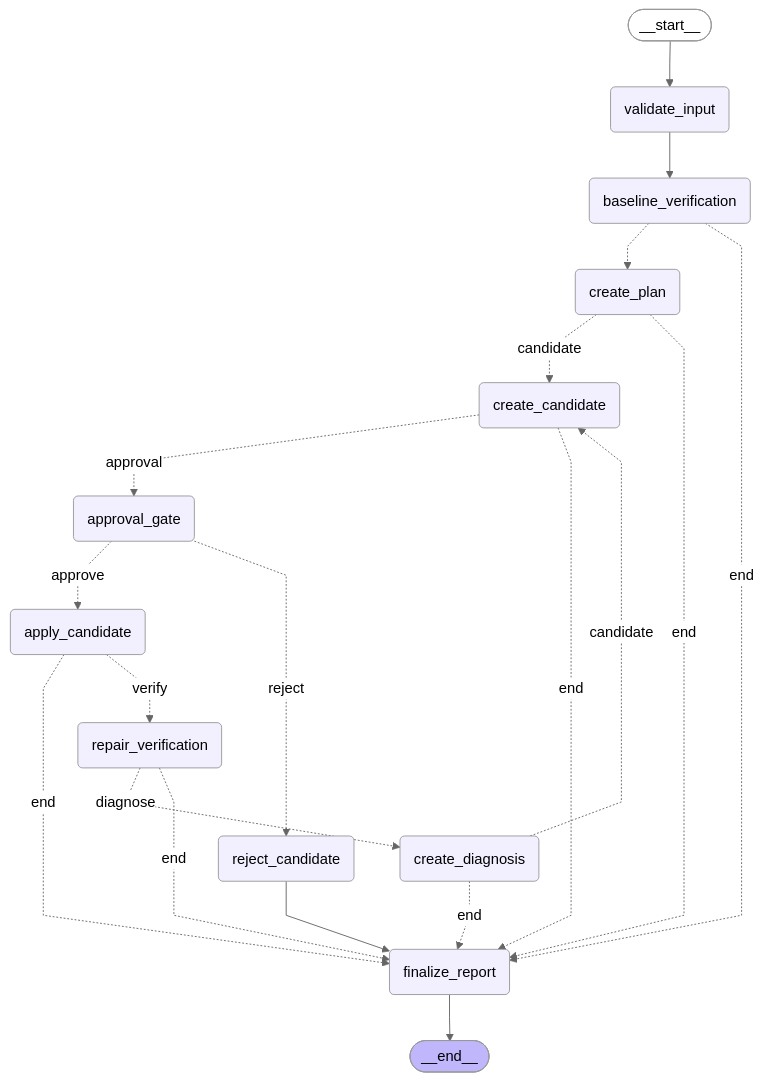
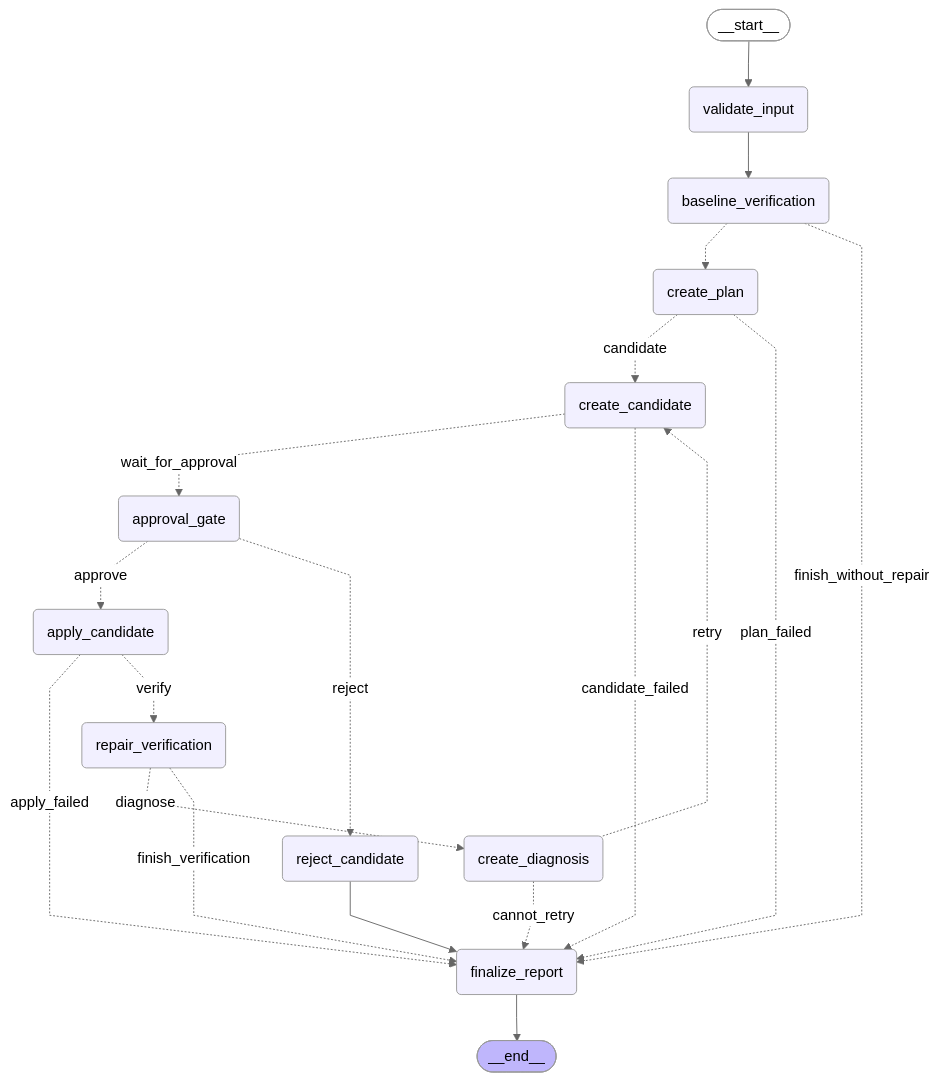
The second of 2 diagrams in README.md (jerryxcy/patch-code-agent), drawn with Mermaid (neutral theme) before and after one commit. The commit also changed other lines of this file and 30 other files, not shown here.

````diff
--- a/README.md
+++ b/README.md
@@ -62,41 +61,41 @@
 ```mermaid
 ---
 config:
   flowchart:
     curve: linear
 ---
 graph TD;
     __start__([<p>__start__</p>]):::first
     validate_input(validate_input)
     baseline_verification(baseline_verification)
     create_plan(create_plan)
     create_candidate(create_candidate)
     approval_gate(approval_gate)
     reject_candidate(reject_candidate)
     apply_candidate(apply_candidate)
     repair_verification(repair_verification)
     create_diagnosis(create_diagnosis)
     finalize_report(finalize_report)
     __end__([<p>__end__</p>]):::last
     __start__ --> validate_input;
-    apply_candidate -. end .-> finalize_report;
+    apply_candidate -. apply_failed .-> finalize_report;
     apply_candidate -. verify .-> repair_verification;
     approval_gate -. approve .-> apply_candidate;
     approval_gate -. reject .-> reject_candidate;
     baseline_verification -.-> create_plan;
-    baseline_verification -. end .-> finalize_report;
-    create_candidate -. approval .-> approval_gate;
-    create_candidate -. end .-> finalize_report;
-    create_diagnosis -. candidate .-> create_candidate;
-    create_diagnosis -. end .-> finalize_report;
+    baseline_verification -. finish_without_repair .-> finalize_report;
+    create_candidate -. wait_for_approval .-> approval_gate;
+    create_candidate -. candidate_failed .-> finalize_report;
+    create_diagnosis -. retry .-> create_candidate;
+    create_diagnosis -. cannot_retry .-> finalize_report;
     create_plan -. candidate .-> create_candidate;
-    create_plan -. end .-> finalize_report;
+    create_plan -. plan_failed .-> finalize_report;
     reject_candidate --> finalize_report;
     repair_verification -. diagnose .-> create_diagnosis;
-    repair_verification -. end .-> finalize_report;
+    repair_verification -. finish_verification .-> finalize_report;
     validate_input --> baseline_verification;
     finalize_report --> __end__;
     classDef default fill:#f2f0ff,line-height:1.2
     classDef first fill-opacity:0
     classDef last fill:#bfb6fc
 ```
````
